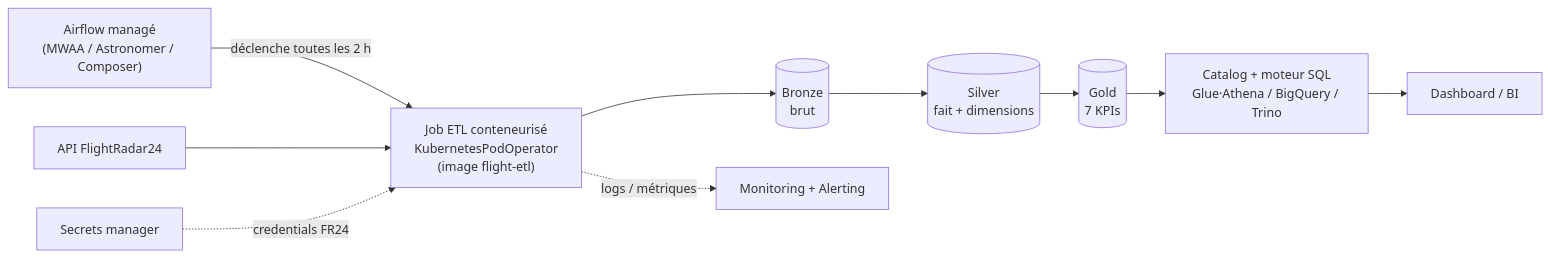
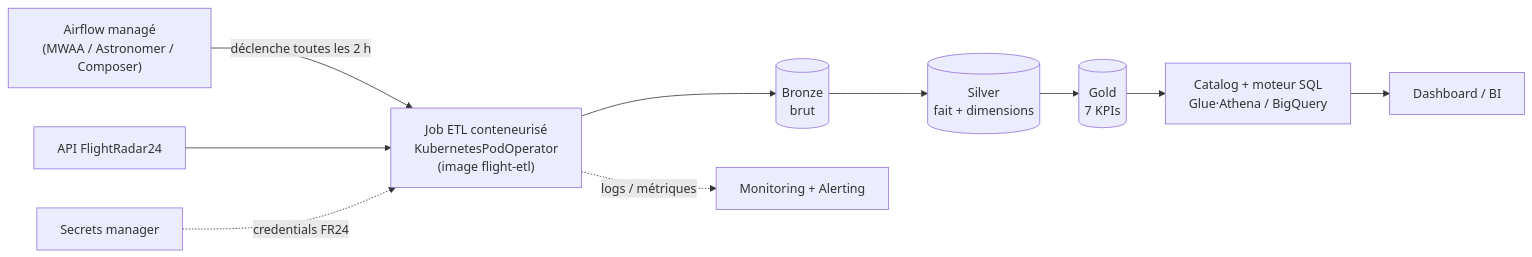
The diagram in README.md (giorgio-pasini/pipeline_etl_flight_monitor), drawn with Mermaid before and after one commit. The commit also changed other lines of this file, not shown here.

````diff
--- a/README.md
+++ b/README.md
@@ -61,20 +58,20 @@
 ```mermaid
 flowchart LR
     API["API FlightRadar24"]
     AF["Airflow managé<br/>(MWAA / Astronomer / Composer)"]
     POD["Job ETL conteneurisé<br/>KubernetesPodOperator<br/>(image flight-etl)"]
     B[("Bronze<br/>brut")]
     S[("Silver<br/>fait + dimensions")]
     G[("Gold<br/>7 KPIs")]
-    CAT["Catalog + moteur SQL<br/>Glue·Athena / BigQuery / Trino"]
+    CAT["Catalog + moteur SQL<br/>Glue·Athena / BigQuery"]
     BI["Dashboard / BI"]
     MON["Monitoring + Alerting"]
     SEC["Secrets manager"]
 
     AF -- "déclenche toutes les 2 h" --> POD
     API --> POD
     POD --> B --> S --> G
     G --> CAT --> BI
     POD -. "logs / métriques" .-> MON
     SEC -. "credentials FR24" .-> POD
 ```
````
